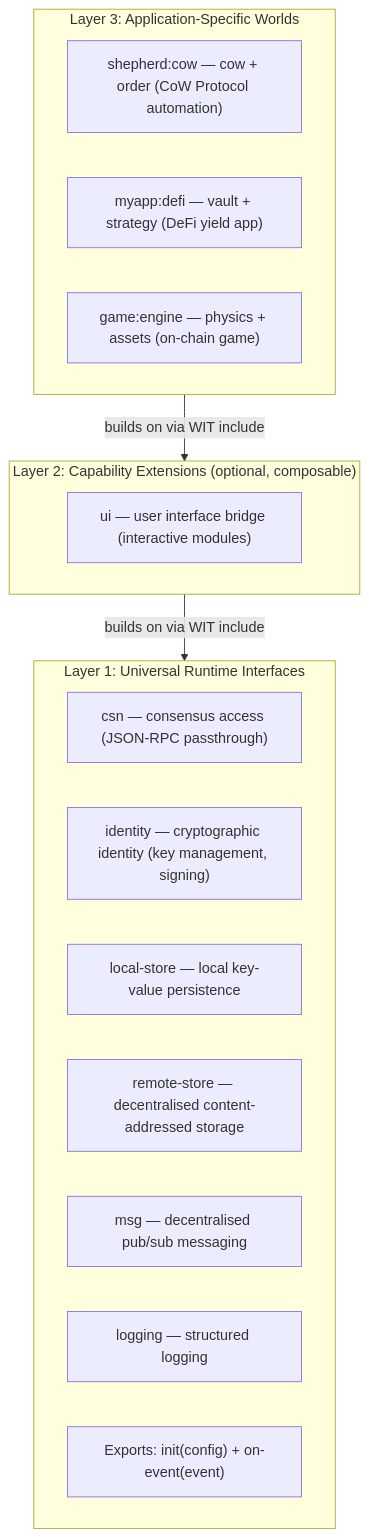
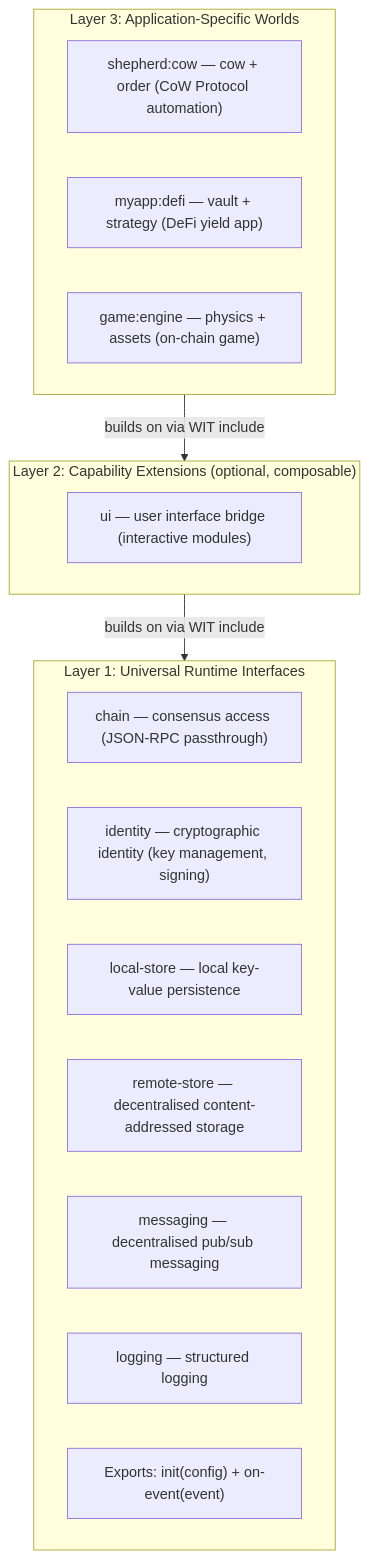
The first of 6 diagrams in docs/08-platform-generalisation.md (bleu/nullis-shepherd), drawn with Mermaid before and after one commit. The commit also changed other lines of this file and 45 other files, not shown here.

````diff
--- a/docs/08-platform-generalisation.md
+++ b/docs/08-platform-generalisation.md
@@ -44,25 +48,25 @@
 ```mermaid
 graph TD
     subgraph L3["Layer 3: Application-Specific Worlds"]
         COW["shepherd:cow — cow + order (CoW Protocol automation)"]
         DEFI["myapp:defi — vault + strategy (DeFi yield app)"]
         GAME["game:engine — physics + assets (on-chain game)"]
     end
 
     subgraph L2["Layer 2: Capability Extensions (optional, composable)"]
         UI["ui — user interface bridge (interactive modules)"]
     end
 
     subgraph L1["Layer 1: Universal Runtime Interfaces"]
-        CSN["csn — consensus access (JSON-RPC passthrough)"]
+        CSN["chain — consensus access (JSON-RPC passthrough)"]
         ID["identity — cryptographic identity (key management, signing)"]
         LS["local-store — local key-value persistence"]
         RS["remote-store — decentralised content-addressed storage"]
-        MSG["msg — decentralised pub/sub messaging"]
+        MSG["messaging — decentralised pub/sub messaging"]
         LOG["logging — structured logging"]
         EXP["Exports: init(config) + on-event(event)"]
     end
 
     L3 -->|"builds on via WIT include"| L2
     L2 -->|"builds on via WIT include"| L1
 ```
````
